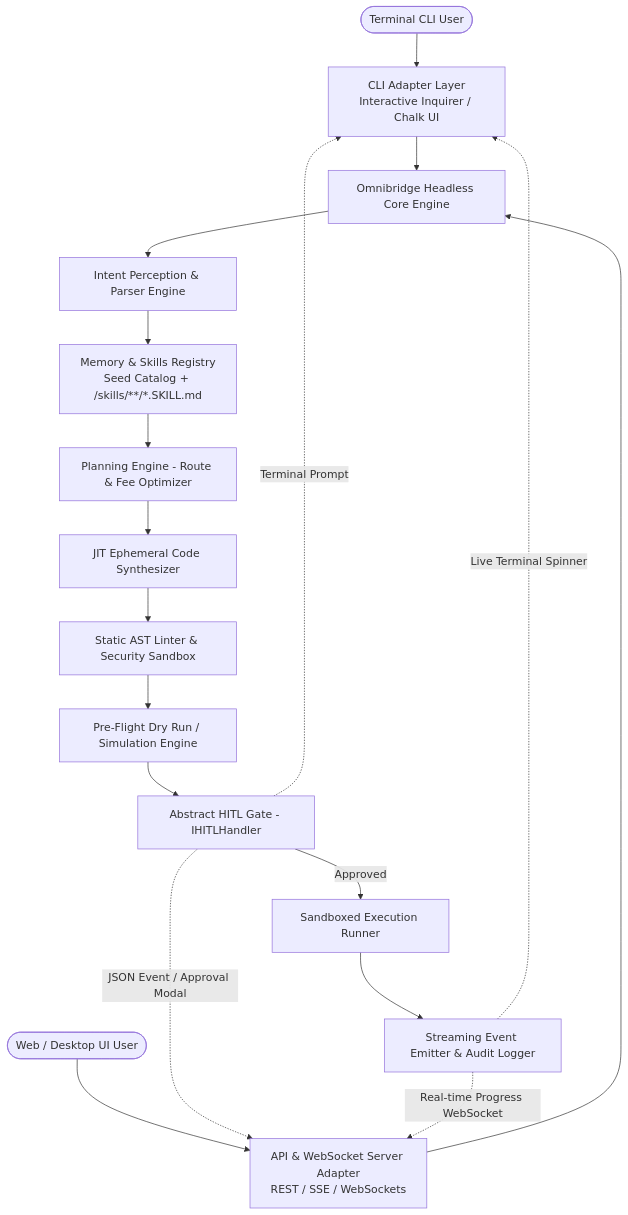
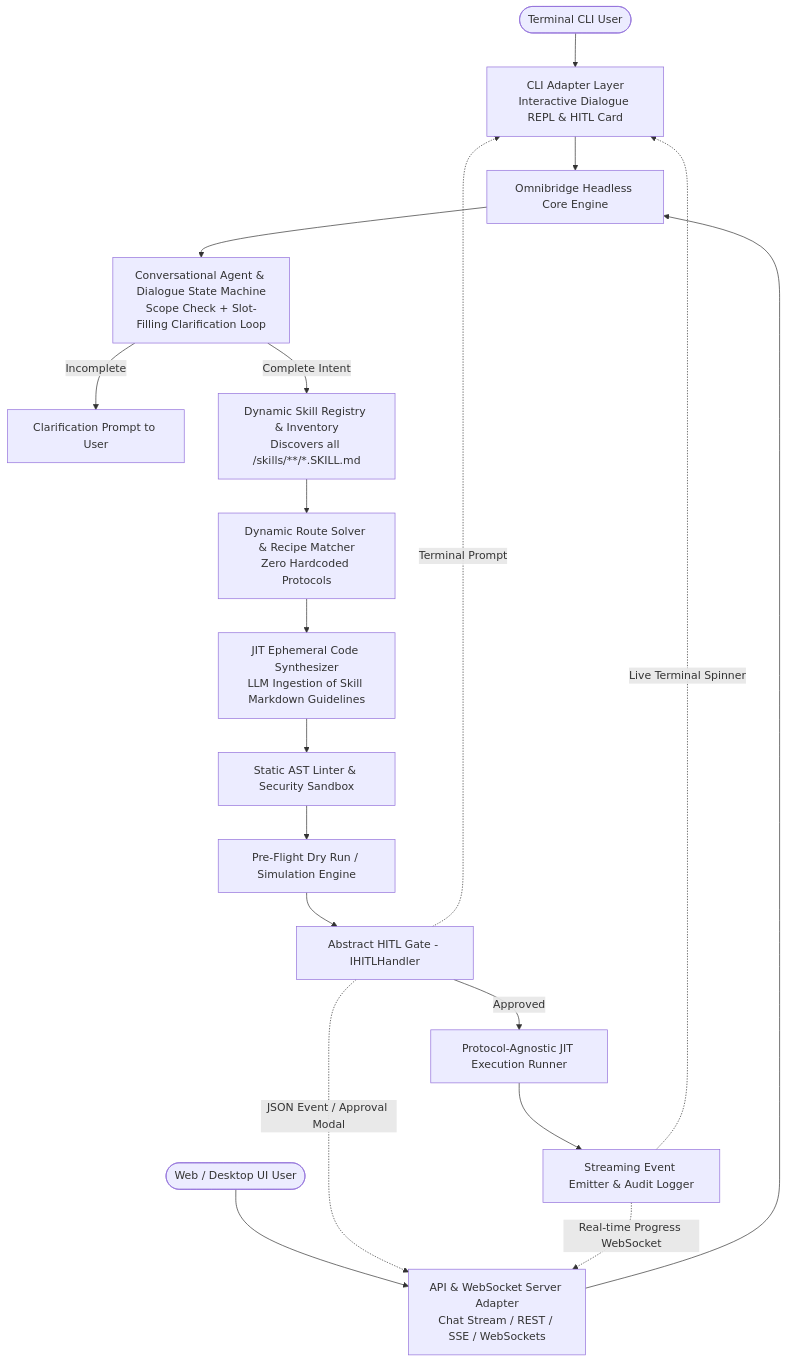
The first of 2 diagrams in docs/PRD.md (garantor/omnibridge2.0), drawn with Mermaid before and after one commit. The commit also changed other lines of this file and 3 other files, not shown here.

````diff
--- a/docs/PRD.md
+++ b/docs/PRD.md
@@ -31,24 +43,26 @@
 ```mermaid
 graph TD
-    UserCLI([Terminal CLI User]) --> CLIAdapter[CLI Adapter Layer\nInteractive Inquirer / Chalk UI]
-    UserWeb([Web / Desktop UI User]) --> WebAdapter[API & WebSocket Server Adapter\nREST / SSE / WebSockets]
+    UserCLI([Terminal CLI User]) --> CLIAdapter[CLI Adapter Layer\nInteractive Dialogue REPL & HITL Card]
+    UserWeb([Web / Desktop UI User]) --> WebAdapter[API & WebSocket Server Adapter\nChat Stream / REST / SSE / WebSockets]
     
     CLIAdapter --> HeadlessEngine[Omnibridge Headless Core Engine]
     WebAdapter --> HeadlessEngine
     
-    HeadlessEngine --> Perception[Intent Perception & Parser Engine]
-    Perception --> Memory[Memory & Skills Registry\nSeed Catalog + /skills/**/*.SKILL.md]
-    Memory --> Planner[Planning Engine - Route & Fee Optimizer]
-    Planner --> Synthesizer[JIT Ephemeral Code Synthesizer]
+    HeadlessEngine --> Dialogue[Conversational Agent & Dialogue State Machine\nScope Check + Slot-Filling Clarification Loop]
+    Dialogue -->|Incomplete| AskUser[Clarification Prompt to User]
+    Dialogue -->|Complete Intent| SkillDiscovery[Dynamic Skill Registry & Inventory\nDiscovers all /skills/**/*.SKILL.md]
+    
+    SkillDiscovery --> Planner[Dynamic Route Solver & Recipe Matcher\nZero Hardcoded Protocols]
+    Planner --> Synthesizer[JIT Ephemeral Code Synthesizer\nLLM Ingestion of Skill Markdown Guidelines]
     Synthesizer --> StaticAnalysis[Static AST Linter & Security Sandbox]
     StaticAnalysis --> Simulator[Pre-Flight Dry Run / Simulation Engine]
     
     Simulator --> HITLGate[Abstract HITL Gate - IHITLHandler]
     HITLGate -. Terminal Prompt .-> CLIAdapter
     HITLGate -. JSON Event / Approval Modal .-> WebAdapter
     
-    HITLGate -- Approved --> Runner[Sandboxed Execution Runner]
+    HITLGate -- Approved --> Runner[Protocol-Agnostic JIT Execution Runner]
     Runner --> Telemetry[Streaming Event Emitter & Audit Logger]
     Telemetry -. Live Terminal Spinner .-> CLIAdapter
     Telemetry -. Real-time Progress WebSocket .-> WebAdapter
 ```
````
